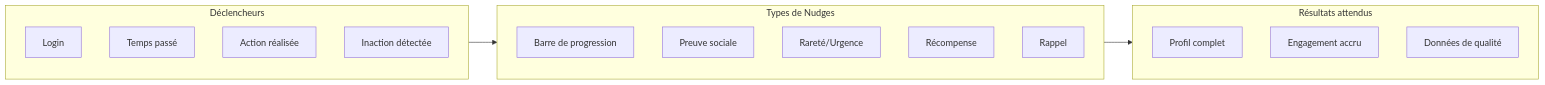
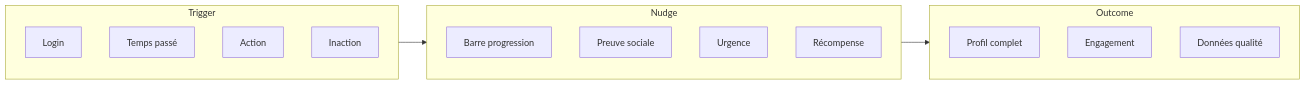
One commit to LoulouBlue75/tailor_shift_v7 changed the first of 3 diagrams in docs/PRODUCT_ROADMAP_V8.md. Above: the diagram before and after it, drawn with Mermaid. The commit also changed other lines of this file and 8 other files, not shown here.

````diff
--- a/docs/PRODUCT_ROADMAP_V8.md
+++ b/docs/PRODUCT_ROADMAP_V8.md
@@ -75,25 +218,24 @@
 ```mermaid
 flowchart LR
-    subgraph Trigger[Déclencheurs]
-        Login[Login]
+    subgraph Trigger
+        Login
         Time[Temps passé]
-        Action[Action réalisée]
-        Inaction[Inaction détectée]
+        Action
+        Inaction
     end
     
-    subgraph Nudge[Types de Nudges]
-        Progress[Barre de progression]
+    subgraph Nudge
+        Progress[Barre progression]
         Social[Preuve sociale]
-        Scarcity[Rareté/Urgence]
+        Scarcity[Urgence]
         Reward[Récompense]
-        Reminder[Rappel]
     end
     
-    subgraph Outcome[Résultats attendus]
+    subgraph Outcome
         Complete[Profil complet]
-        Engage[Engagement accru]
-        Quality[Données de qualité]
+        Engage[Engagement]
+        Quality[Données qualité]
     end
     
     Trigger --> Nudge --> Outcome
 ```
````
